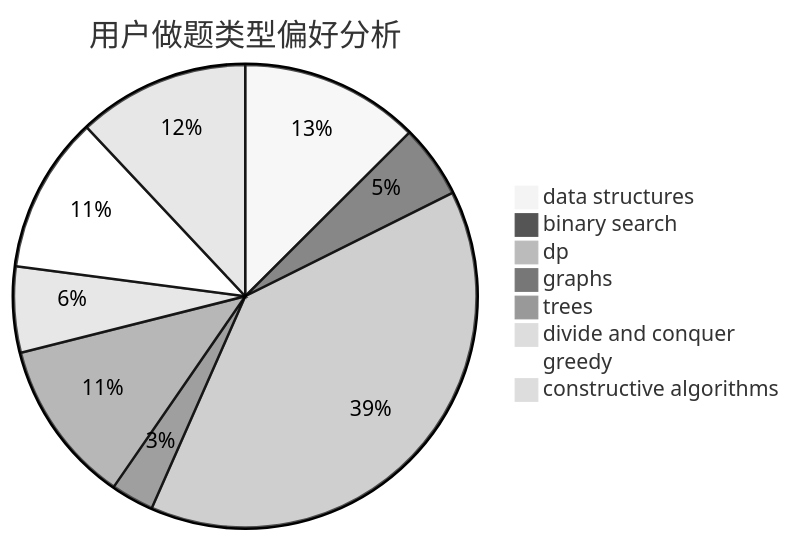
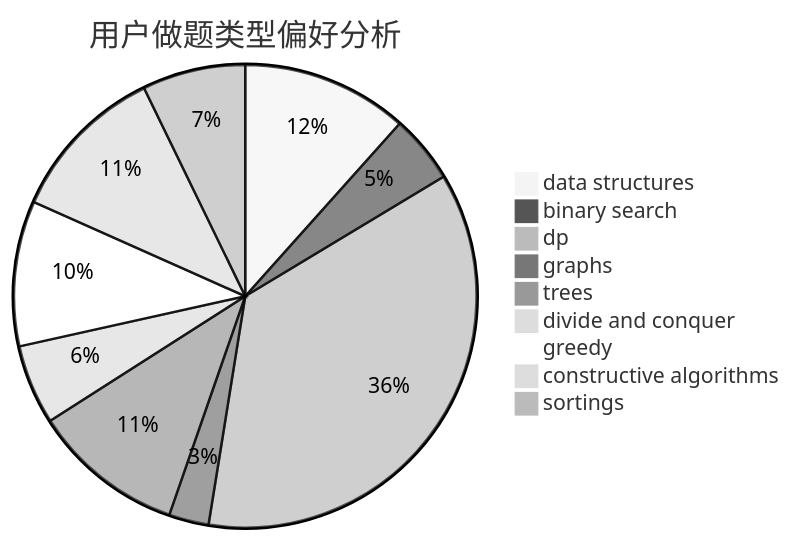
The second of 3 diagrams in docs/user/u1302.md (sherpahu/cfrs.github.io), drawn with Mermaid (neutral theme) before and after one commit. The commit also changed other lines of this file and 2769 other files, not shown here.

````diff
--- a/docs/user/u1302.md
+++ b/docs/user/u1302.md
@@ -23,11 +18,12 @@
 ```mermaid
 pie title 用户做题类型偏好分析
     "data structures" :  71
     "binary search" :  29
     "dp" :  221
     "graphs" :  17
     "trees" :  65
     "divide and conquer" :  34
     "greedy" :  62
     "constructive algorithms" :  68
+    "sortings" :  44
 ```
````
